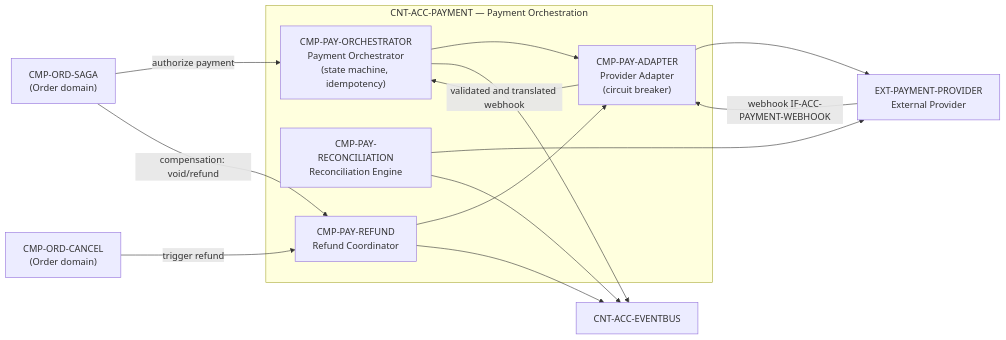
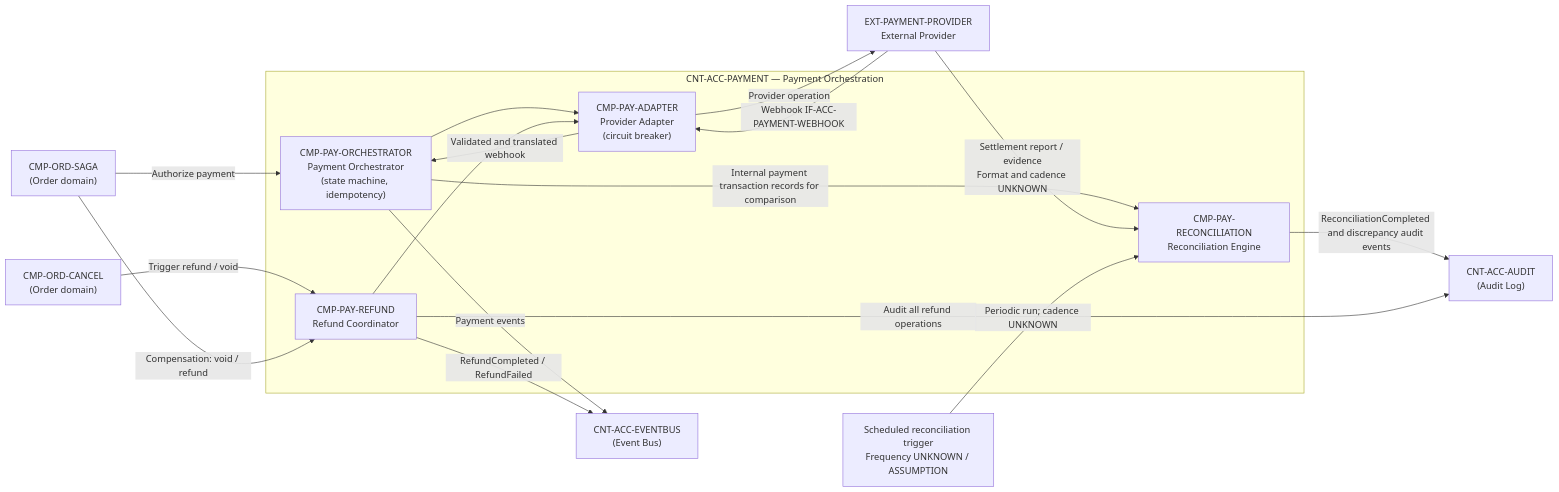
One commit to Emran025/accsystem changed the diagram in acc-architecture/c3-components/CNT-ACC-PAYMENT/component-diagram.md. Above: the diagram before and after it, drawn with Mermaid. The commit also changed other lines of this file and 8 other files, not shown here.

Commit message:
docs(architecture): correct C3 component diagrams

````diff
--- a/acc-architecture/c3-components/CNT-ACC-PAYMENT/component-diagram.md
+++ b/acc-architecture/c3-components/CNT-ACC-PAYMENT/component-diagram.md
@@ -3,36 +3,41 @@
 ```mermaid
 flowchart LR
     SAGA["CMP-ORD-SAGA\n(Order domain)"]
     CANCEL["CMP-ORD-CANCEL\n(Order domain)"]
     EXT_PAY["EXT-PAYMENT-PROVIDER\nExternal Provider"]
-    EVENTBUS["CNT-ACC-EVENTBUS"]
+    EVENTBUS["CNT-ACC-EVENTBUS\n(Event Bus)"]
+    AUDIT["CNT-ACC-AUDIT\n(Audit Log)"]
+    SCHEDULE["Scheduled reconciliation trigger\nFrequency UNKNOWN / ASSUMPTION"]
 
     subgraph PAY["CNT-ACC-PAYMENT — Payment Orchestration"]
         ORCH["CMP-PAY-ORCHESTRATOR\nPayment Orchestrator\n(state machine, idempotency)"]
         ADAPT["CMP-PAY-ADAPTER\nProvider Adapter\n(circuit breaker)"]
         RECON["CMP-PAY-RECONCILIATION\nReconciliation Engine"]
         REFUND["CMP-PAY-REFUND\nRefund Coordinator"]
     end
 
-    %% Triggers
-    SAGA -->|authorize payment| ORCH
-    CANCEL -->|trigger refund| REFUND
-    SAGA -->|compensation: void/refund| REFUND
+    %% Payment and compensation requests
+    SAGA -->|Authorize payment| ORCH
+    CANCEL -->|Trigger refund / void| REFUND
+    SAGA -->|Compensation: void / refund| REFUND
 
-    %% Internal
+    %% Internal component relationships
     ORCH --> ADAPT
     REFUND --> ADAPT
+    ORCH -->|Internal payment transaction records for comparison| RECON
 
-    %% External provider
-    ADAPT --> EXT_PAY
-    EXT_PAY -->|webhook IF-ACC-PAYMENT-WEBHOOK| ADAPT
-    ADAPT -->|validated and translated webhook| ORCH
+    %% External provider calls and callbacks
+    ADAPT -->|Provider operation| EXT_PAY
+    EXT_PAY -->|Webhook IF-ACC-PAYMENT-WEBHOOK| ADAPT
+    ADAPT -->|Validated and translated webhook| ORCH
+    EXT_PAY -->|Settlement report / evidence\nFormat and cadence UNKNOWN| RECON
 
-    %% Reconciliation
-    RECON --> EXT_PAY
+    %% Reconciliation and supported audit relations
+    SCHEDULE -->|Periodic run; cadence UNKNOWN| RECON
+    RECON -->|ReconciliationCompleted and discrepancy audit events| AUDIT
+    REFUND -->|Audit all refund operations| AUDIT
 
-    %% Events
-    ORCH --> EVENTBUS
-    REFUND --> EVENTBUS
-    RECON --> EVENTBUS
+    %% Domain events
+    ORCH -->|Payment events| EVENTBUS
+    REFUND -->|RefundCompleted / RefundFailed| EVENTBUS
 ```
````
